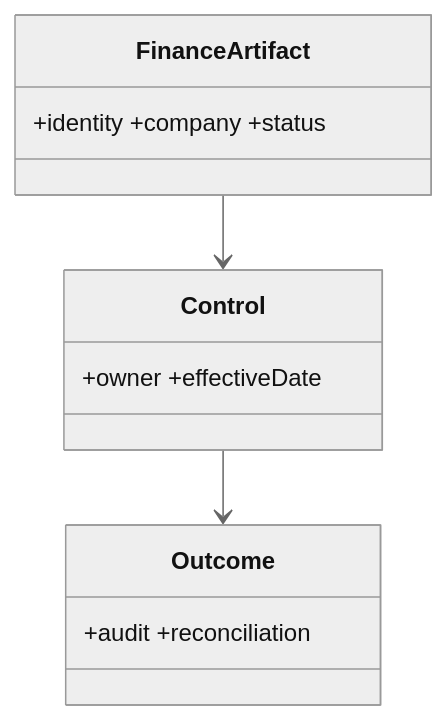
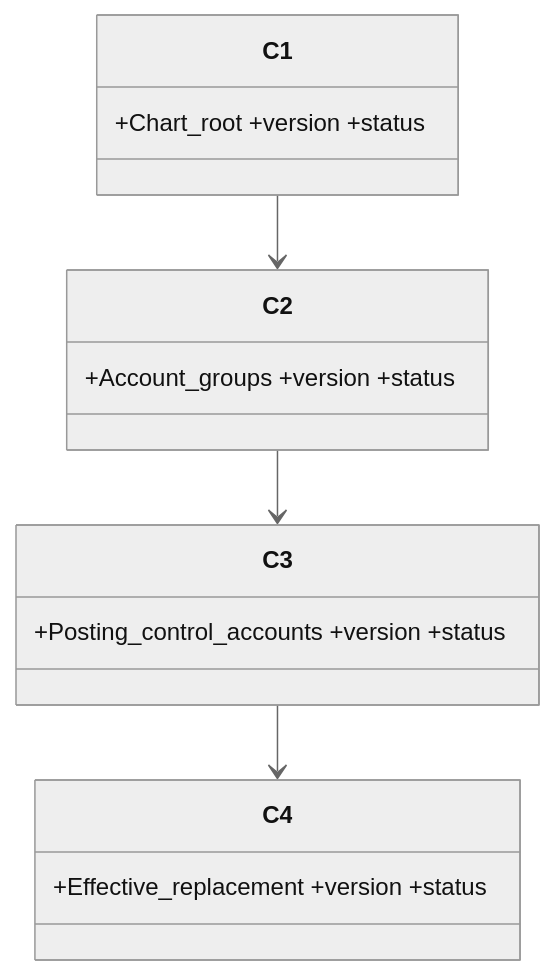
Before and after one commit to vakarkhan17/FlowCraft-Business-OS: the seventh of 46 diagrams in docs/blueprint/FCSB-Volume-14-Finance-Solution-Architecture.md, drawn with Mermaid (neutral theme). The commit also changed other lines of this file, not shown here.

Commit message:
docs(blueprint): rewrite FCSB Volume 14 finance architecture

```diff
--- a/docs/blueprint/FCSB-Volume-14-Finance-Solution-Architecture.md
+++ b/docs/blueprint/FCSB-Volume-14-Finance-Solution-Architecture.md
@@ -124,8 +132,10 @@
 ~~~mermaid
 classDiagram
-  class FinanceArtifact {+identity +company +status}
-  class Control {+owner +effectiveDate}
-  class Outcome {+audit +reconciliation}
-  FinanceArtifact --> Control
-  Control --> Outcome
+  class C1 {+Chart_root +version +status}
+  class C2 {+Account_groups +version +status}
+  class C3 {+Posting_control_accounts +version +status}
+  class C4 {+Effective_replacement +version +status}
+  C1 --> C2
+  C2 --> C3
+  C3 --> C4
 ~~~
```
